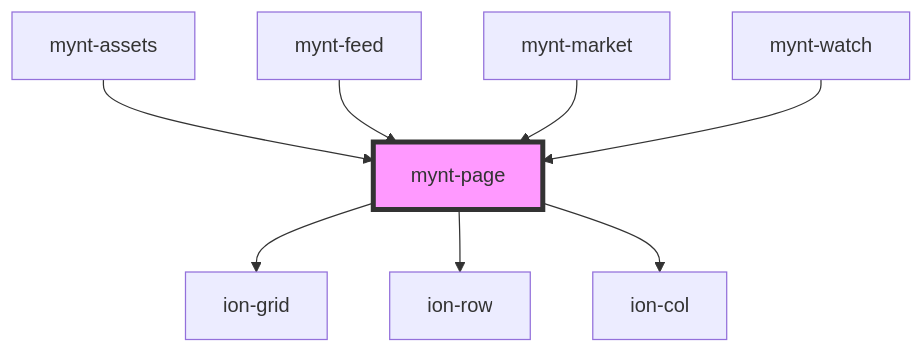
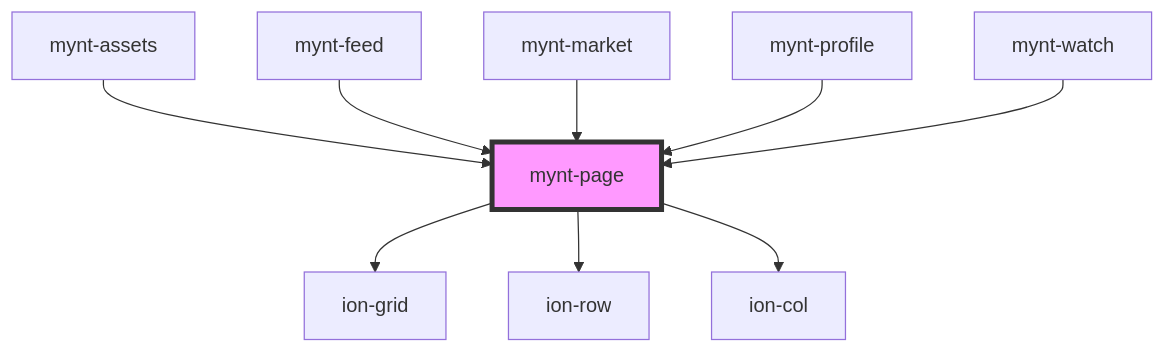
The diagram in mynt-components/src/components/mynt-page/readme.md (MyNewToken/mynt-mono-clone), drawn with Mermaid before and after one commit. The commit also changed other lines of this file and 2079 other files, not shown here.

````diff
--- a/mynt-components/src/components/mynt-page/readme.md
+++ b/mynt-components/src/components/mynt-page/readme.md
@@ -24,11 +25,12 @@
 ```mermaid
 graph TD;
   mynt-page --> ion-grid
   mynt-page --> ion-row
   mynt-page --> ion-col
   mynt-assets --> mynt-page
   mynt-feed --> mynt-page
   mynt-market --> mynt-page
+  mynt-profile --> mynt-page
   mynt-watch --> mynt-page
   style mynt-page fill:#f9f,stroke:#333,stroke-width:4px
 ```
````
